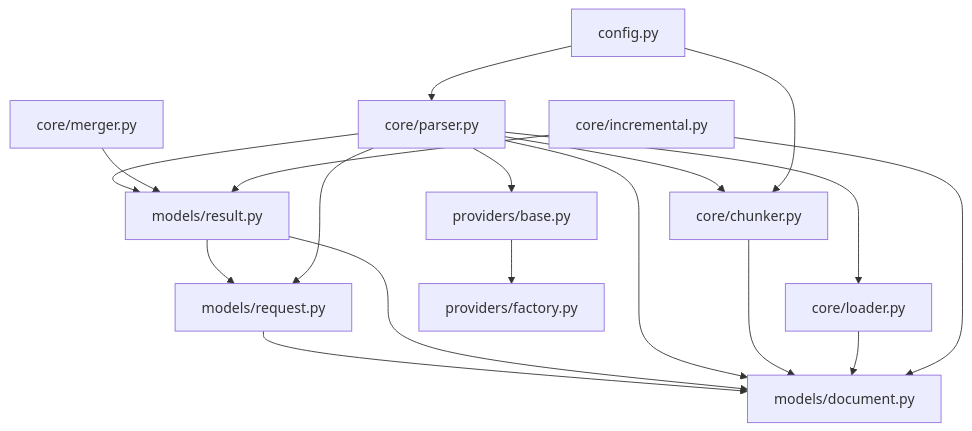
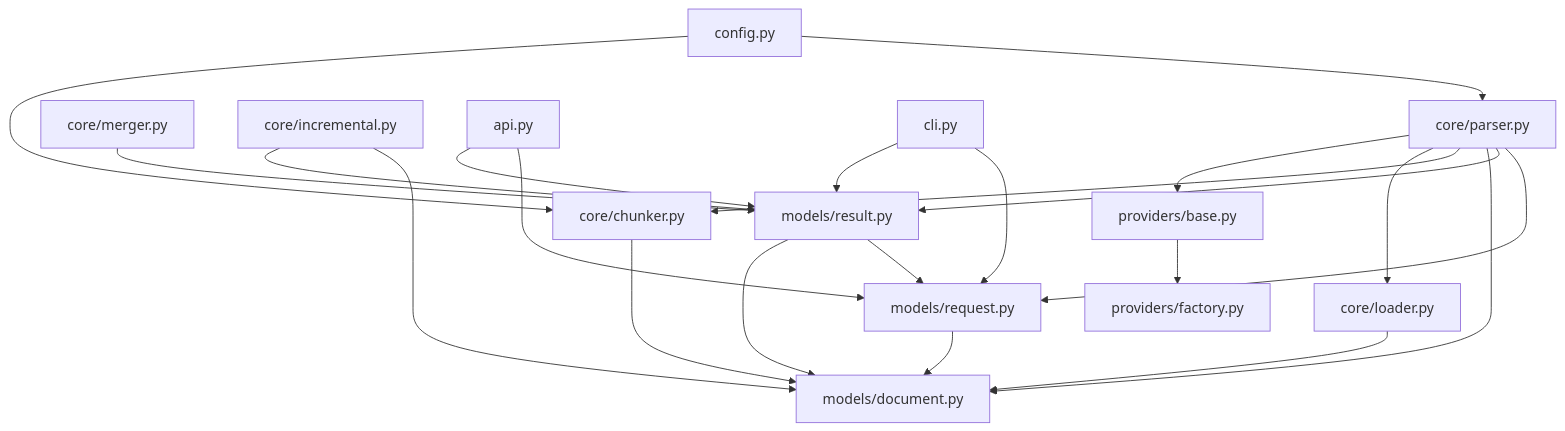
Before and after one commit to wowzhangji/doc_ai_parser: the ninth of 9 diagrams in .qoder/repowiki/zh/content/数据模型设计/数据模型设计.md, drawn with Mermaid. The commit also changed other lines of this file and 25 other files, not shown here.

````diff
--- a/.qoder/repowiki/zh/content/数据模型设计/数据模型设计.md
+++ b/.qoder/repowiki/zh/content/数据模型设计/数据模型设计.md
@@ -398,20 +417,24 @@
 ```mermaid
 graph TB
 REQ["models/request.py"] --> DOC["models/document.py"]
 RES["models/result.py"] --> REQ
 RES --> DOC
 PAR["core/parser.py"] --> REQ
 PAR --> RES
 PAR --> DOC
 PAR --> CH["core/chunker.py"]
 PAR --> LO["core/loader.py"]
 PAR --> PRV["providers/base.py"]
 PRV --> FAC["providers/factory.py"]
 CH --> DOC
 LO --> DOC
 MER["core/merger.py"] --> RES
 INC["core/incremental.py"] --> DOC
 INC --> RES
 CFG["config.py"] --> PAR
 CFG --> CH
+API["api.py"] --> REQ
+API --> RES
+CLI["cli.py"] --> REQ
+CLI --> RES
 ```
````
